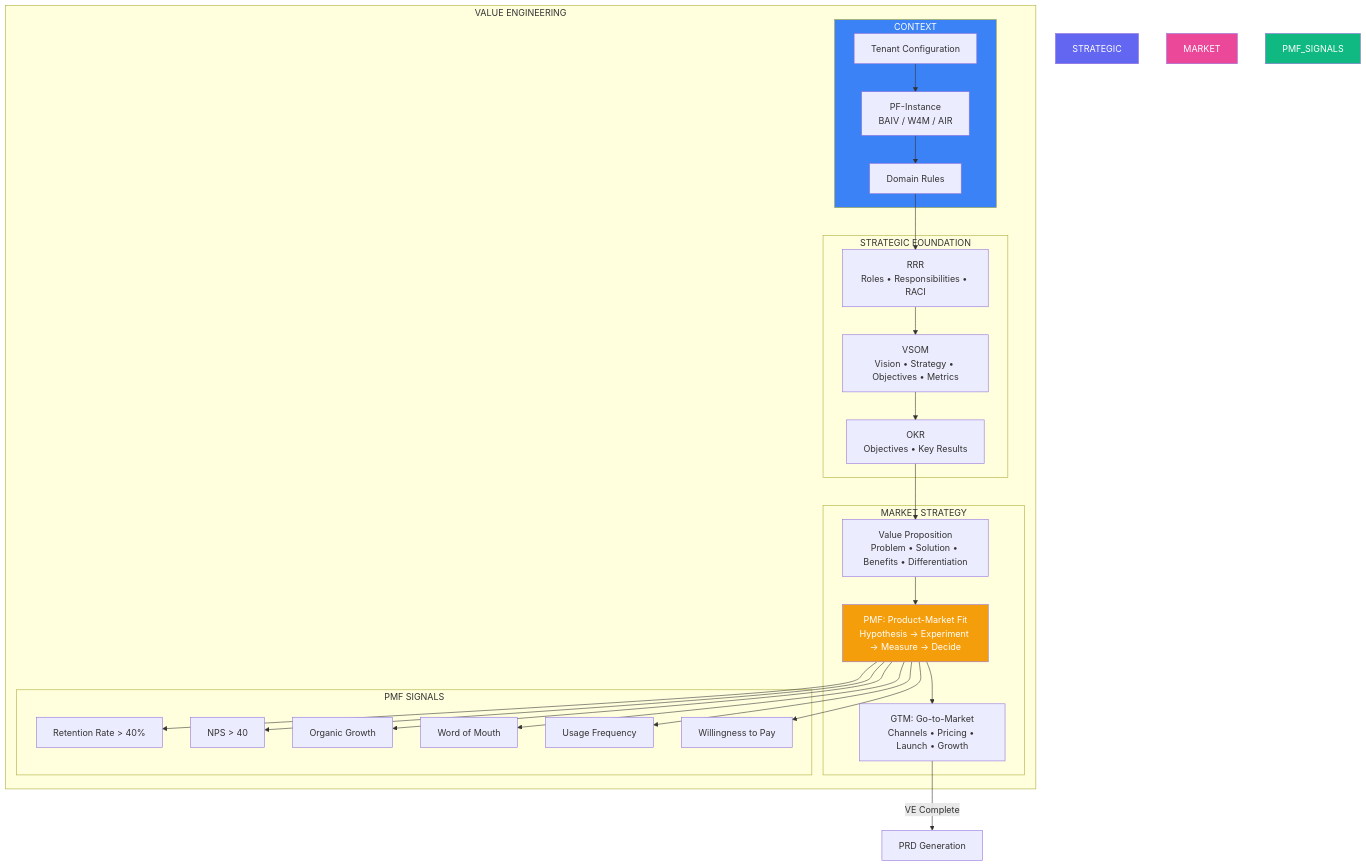
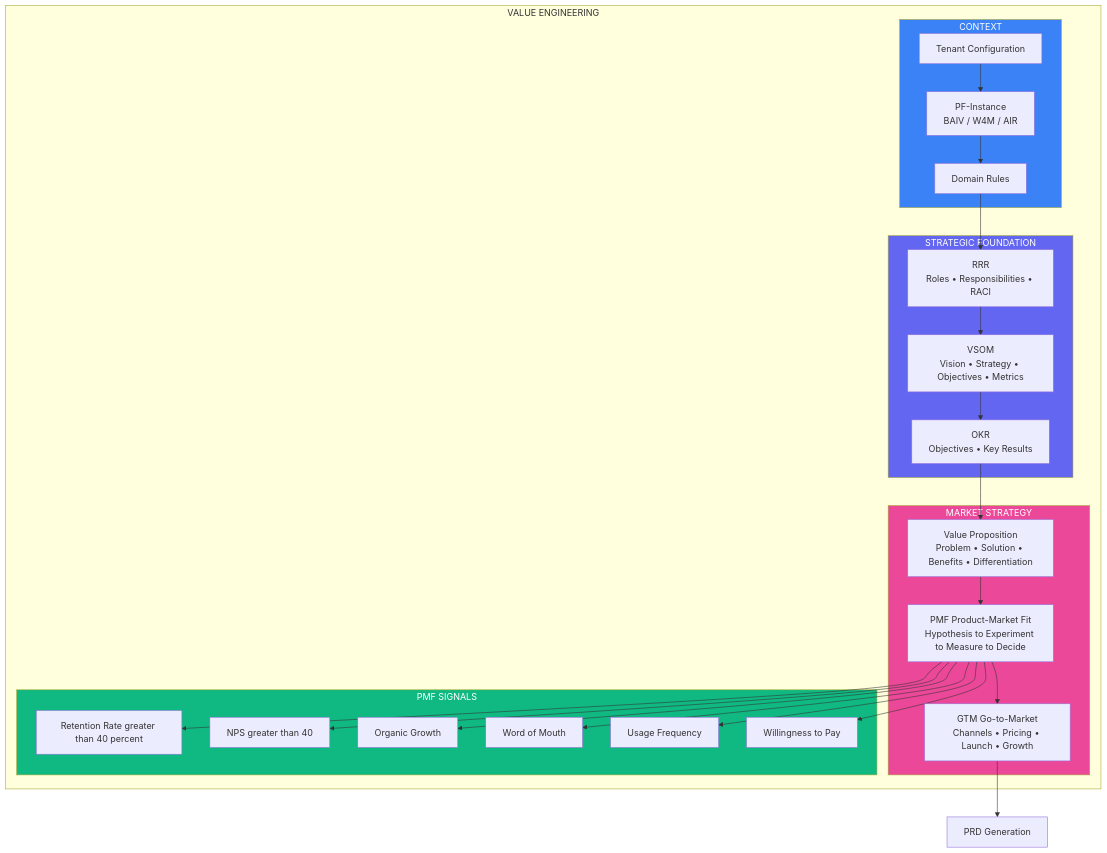
The fourth of 17 diagrams in 1 Architecture/0.1 Solution architects/HLD-High-level/HLD_AGENTIC_SOLUTION_TEMPLATE.md (ajrmooreuk/PF-Prototype-Shared), drawn with Mermaid before and after one commit. The commit also changed other lines of this file, not shown here.

First line of the commit message:
docs: Fix mermaid diagram syntax errors - HLD v1.1.0

````diff
--- a/1 Architecture/0.1 Solution architects/HLD-High-level/HLD_AGENTIC_SOLUTION_TEMPLATE.md
+++ b/1 Architecture/0.1 Solution architects/HLD-High-level/HLD_AGENTIC_SOLUTION_TEMPLATE.md
@@ -201,58 +201,57 @@
 ```mermaid
 graph TB
-    subgraph "VALUE ENGINEERING"
-        subgraph "STRATEGIC FOUNDATION"
-            RRR[RRR<br/>Roles • Responsibilities • RACI]
-            VSOM[VSOM<br/>Vision • Strategy • Objectives • Metrics]
-            OKR[OKR<br/>Objectives • Key Results]
+    subgraph VE["VALUE ENGINEERING"]
+        subgraph STRATEGIC["STRATEGIC FOUNDATION"]
+            RRR["RRR<br/>Roles • Responsibilities • RACI"]
+            VSOM["VSOM<br/>Vision • Strategy • Objectives • Metrics"]
+            OKR["OKR<br/>Objectives • Key Results"]
         end
         
-        subgraph "MARKET STRATEGY"
-            VP[Value Proposition<br/>Problem • Solution • Benefits • Differentiation]
-            PMF[PMF: Product-Market Fit<br/>Hypothesis → Experiment → Measure → Decide]
-            GTM[GTM: Go-to-Market<br/>Channels • Pricing • Launch • Growth]
+        subgraph MARKET["MARKET STRATEGY"]
+            VP["Value Proposition<br/>Problem • Solution • Benefits • Differentiation"]
+            PMF["PMF Product-Market Fit<br/>Hypothesis to Experiment to Measure to Decide"]
+            GTM["GTM Go-to-Market<br/>Channels • Pricing • Launch • Growth"]
         end
         
-        subgraph "CONTEXT"
-            TENANT[Tenant Configuration]
-            INSTANCE[PF-Instance<br/>BAIV / W4M / AIR]
-            DOMAIN[Domain Rules]
+        subgraph CONTEXT["CONTEXT"]
+            TENANT["Tenant Configuration"]
+            INSTANCE["PF-Instance<br/>BAIV / W4M / AIR"]
+            DOMAIN["Domain Rules"]
         end
         
-        subgraph "PMF SIGNALS"
-            RETENTION[Retention Rate > 40%]
-            NPS[NPS > 40]
-            ORGANIC[Organic Growth]
-            WOM[Word of Mouth]
-            USAGE[Usage Frequency]
-            WTP[Willingness to Pay]
+        subgraph PMF_SIGNALS["PMF SIGNALS"]
+            RETENTION["Retention Rate greater than 40 percent"]
+            NPS["NPS greater than 40"]
+            ORGANIC["Organic Growth"]
+            WOM["Word of Mouth"]
+            USAGE["Usage Frequency"]
+            WTP["Willingness to Pay"]
         end
     end
     
     RRR --> VSOM
     VSOM --> OKR
     OKR --> VP
     
     VP --> PMF
     PMF --> GTM
     
     PMF --> RETENTION
     PMF --> NPS
     PMF --> ORGANIC
     PMF --> WOM
     PMF --> USAGE
     PMF --> WTP
     
     TENANT --> INSTANCE
     INSTANCE --> DOMAIN
     
     DOMAIN --> RRR
     
-    GTM -->|"VE Complete"| PRD[PRD Generation]
+    GTM --> PRD["PRD Generation"]
     
     style STRATEGIC fill:#6366F1,color:#fff
     style MARKET fill:#EC4899,color:#fff
     style CONTEXT fill:#3B82F6,color:#fff
-    style PMF fill:#F59E0B,color:#fff
     style PMF_SIGNALS fill:#10B981,color:#fff
 ```
````
